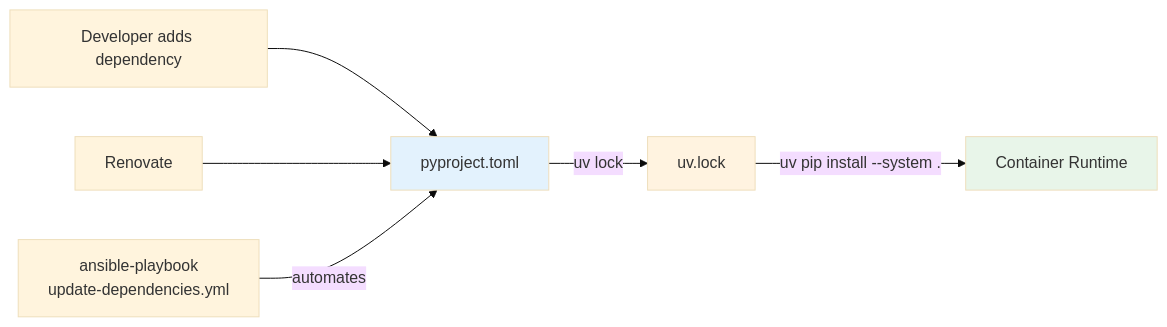
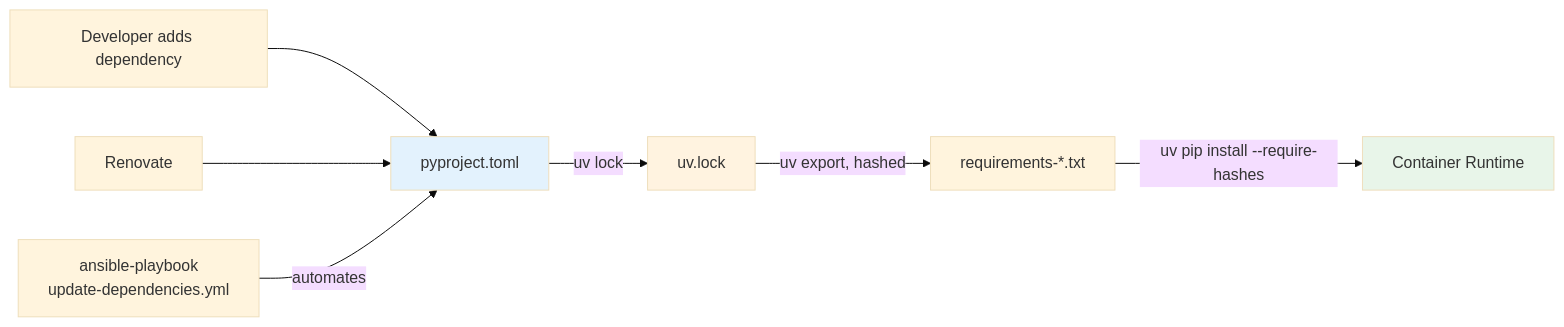
Before and after one commit to malpanez/ansible-devcontainer-vscode: the second of 11 diagrams in docs/ARCHITECTURE.md, drawn with Mermaid (base theme). The commit also changed other lines of this file and 26 other files, not shown here.

````diff
--- a/docs/ARCHITECTURE.md
+++ b/docs/ARCHITECTURE.md
@@ -64,14 +64,15 @@
 ```mermaid
 graph LR
     A[pyproject.toml] -->|uv lock| B[uv.lock]
-    B -->|uv pip install --system .| C[Container Runtime]
+    B -->|uv export, hashed| R[requirements-*.txt]
+    R -->|uv pip install --require-hashes| C[Container Runtime]
 
     D[Developer adds dependency] --> A
     E[Renovate] --> A
 
     F[ansible-playbook<br/>update-dependencies.yml] -->|automates| A
 
     style A fill:#e3f2fd
     style B fill:#fff3e0
     style C fill:#e8f5e9
 ```
````
